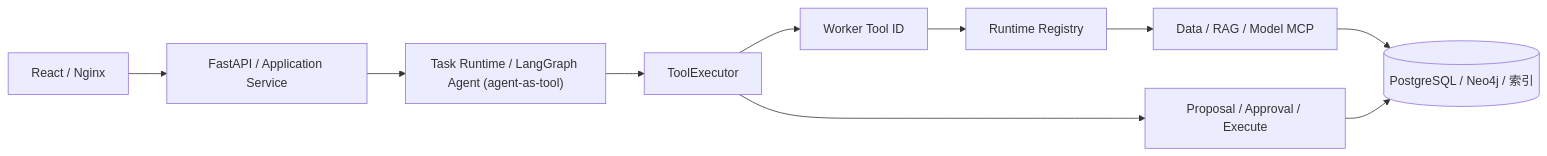
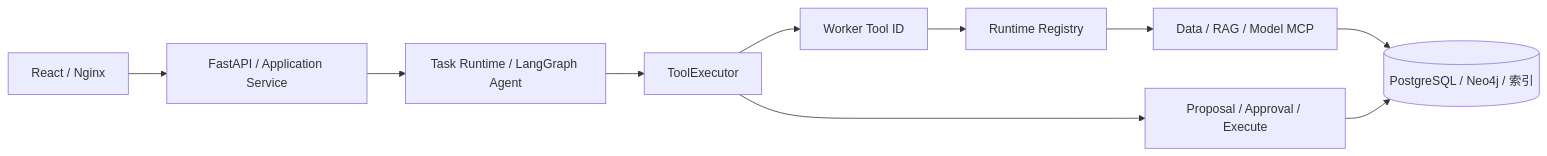
Before and after one commit to lxh-boop/stock-agent-platform: the first of 3 diagrams in README.md, drawn with Mermaid. The commit also changed other lines of this file and 14 other files, not shown here.

````diff
--- a/README.md
+++ b/README.md
@@ -32,12 +32,12 @@
 ```mermaid
 flowchart LR
     A["React / Nginx"] --> B["FastAPI / Application Service"]
-    B --> C["Task Runtime / LangGraph Agent (agent-as-tool)"]
+    B --> C["Task Runtime / LangGraph Agent"]
     C --> D["ToolExecutor"]
     D --> E["Worker Tool ID"]
     E --> F["Runtime Registry"]
     F --> G["Data / RAG / Model MCP"]
     G --> H[("PostgreSQL / Neo4j / 索引")]
     D --> I["Proposal / Approval / Execute"]
     I --> H
 ```
````
